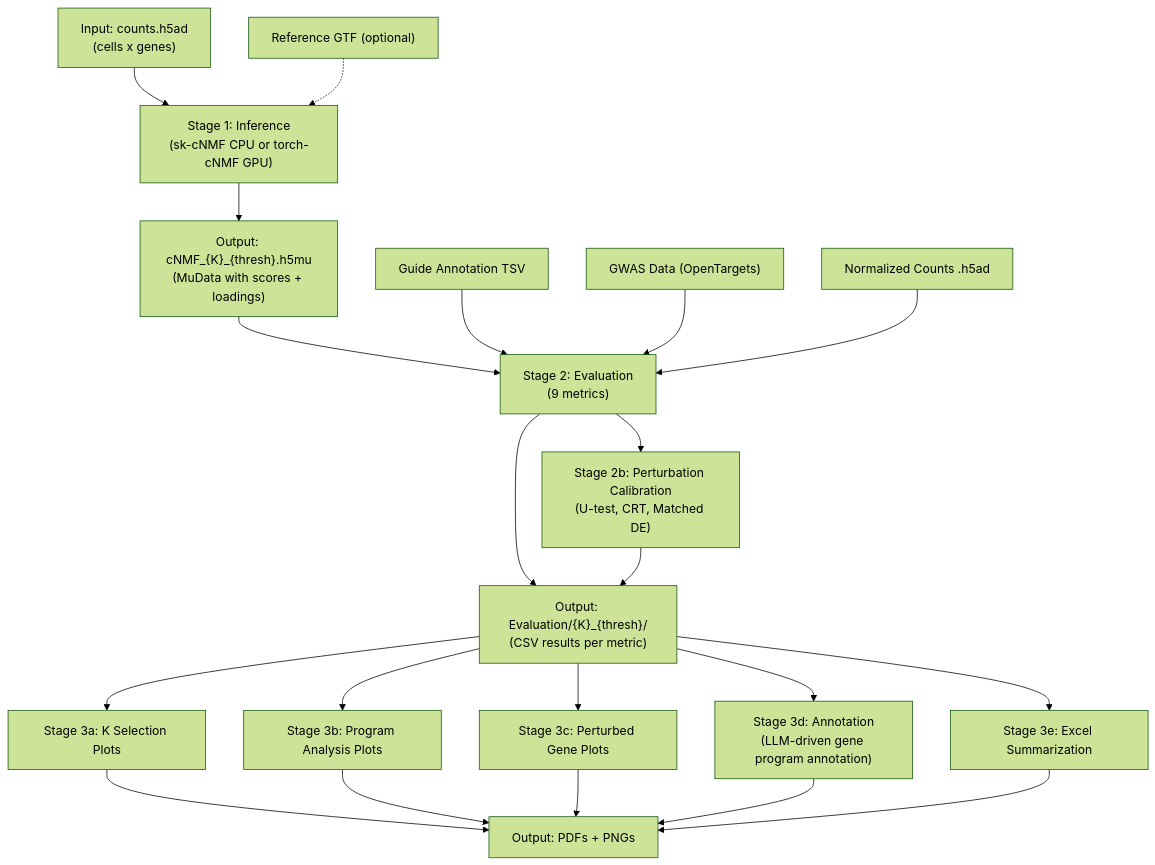
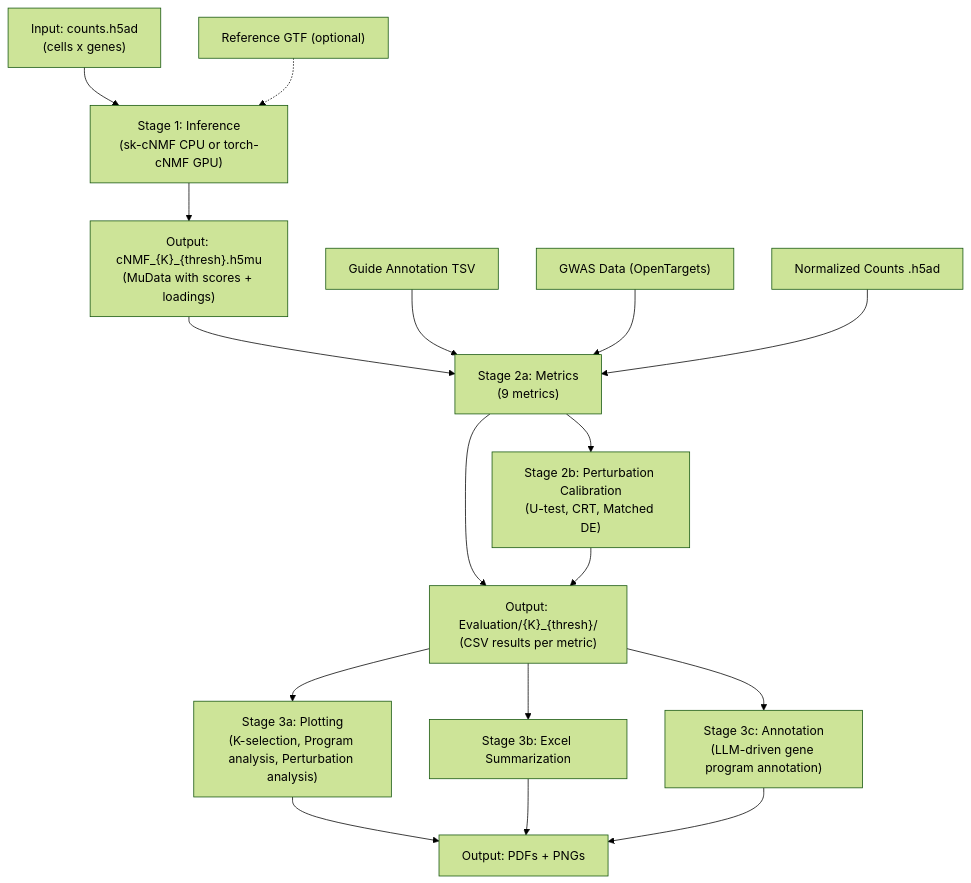
One commit to EngreitzLab/PerturbNMF changed the diagram in CLAUDE.md. Above: the diagram before and after it, drawn with Mermaid (forest theme). The commit also changed 250 other files, not shown here.

````diff
--- a/CLAUDE.md
+++ b/CLAUDE.md
@@ -9,23 +9,19 @@
 ```mermaid
 flowchart TD
     A["Input: counts.h5ad\n(cells x genes)"] --> B["Stage 1: Inference\n(sk-cNMF CPU or torch-cNMF GPU)"]
     B --> D["Output: cNMF_{K}_{thresh}.h5mu\n(MuData with scores + loadings)"]
-    D --> E["Stage 2: Evaluation\n(9 metrics)"]
+    D --> E["Stage 2a: Metrics\n(9 metrics)"]
     E --> F["Output: Evaluation/{K}_{thresh}/\n(CSV results per metric)"]
     E --> G["Stage 2b: Perturbation Calibration\n(U-test, CRT, Matched DE)"]
     G --> F
-    F --> I["Stage 3a: K Selection Plots"]
-    F --> J["Stage 3b: Program Analysis Plots"]
-    F --> K["Stage 3c: Perturbed Gene Plots"]
+    F --> I["Stage 3a: Plotting\n(K-selection, Program analysis, Perturbation analysis)"]
     I --> L["Output: PDFs + PNGs"]
-    J --> L
-    K --> L
-    F --> Q["Stage 3d: Annotation\n(LLM-driven gene program annotation)"]
+    F --> S["Stage 3b: Excel Summarization"]
+    S --> L
+    F --> Q["Stage 3c: Annotation\n(LLM-driven gene program annotation)"]
     Q --> L
-    F --> S["Stage 3e: Excel Summarization"]
-    S --> L
     M["Guide Annotation TSV"] --> E
     N["GWAS Data (OpenTargets)"] --> E
     O["Normalized Counts .h5ad"] --> E
     P["Reference GTF (optional)"] -.-> B
 ```
````
